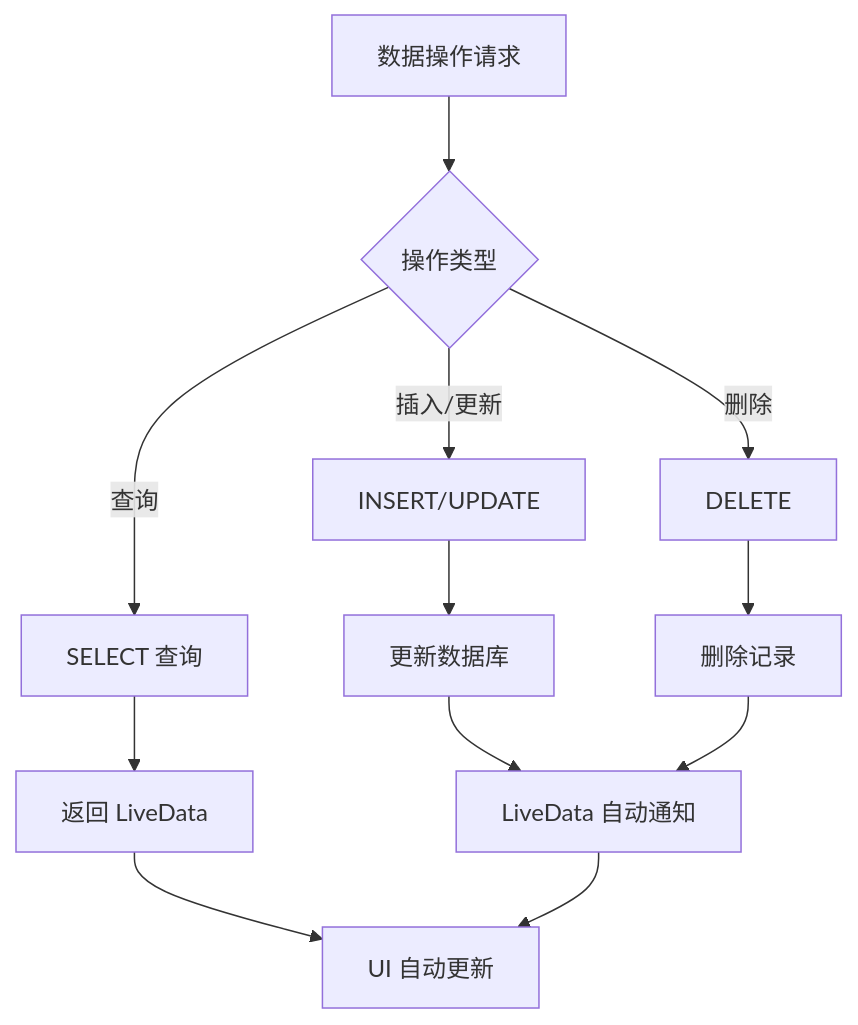
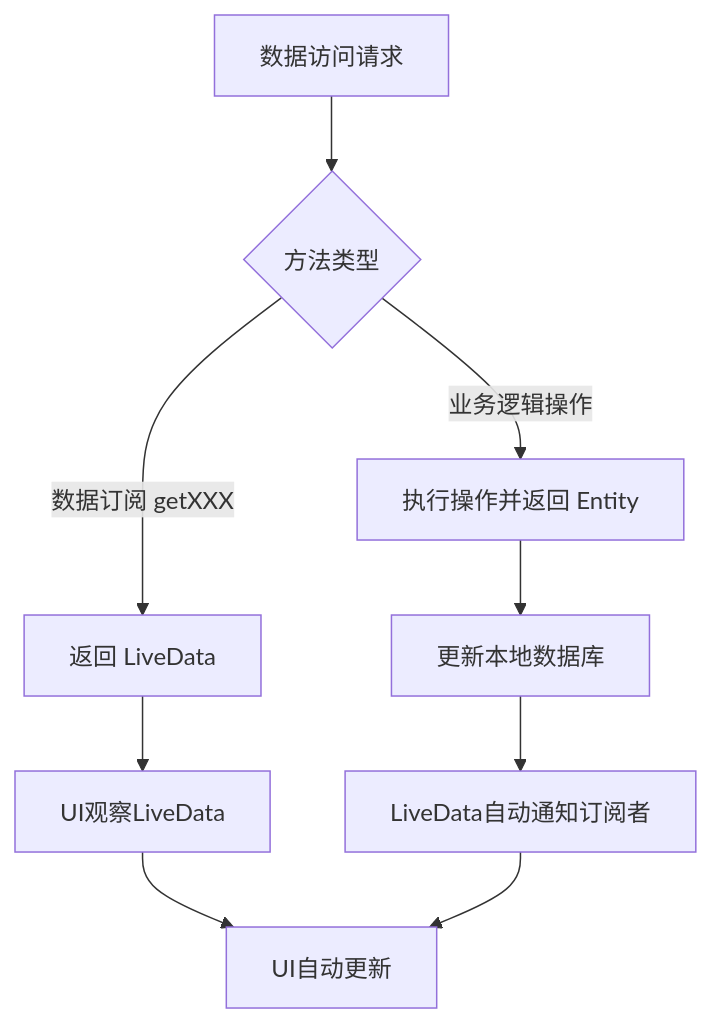
One commit to terminail/autodroid changed the eighth of 24 diagrams in autodroid-trader-app/docs/DESIGN.md. Above: the diagram before and after it, drawn with Mermaid. The commit also changed other lines of this file and 45 other files, not shown here.

````diff
--- a/autodroid-trader-app/docs/DESIGN.md
+++ b/autodroid-trader-app/docs/DESIGN.md
@@ -438,16 +555,13 @@
 ```mermaid
 flowchart TD
-    A[数据操作请求] --> B{操作类型}
-    B -->|查询| C[SELECT 查询]
-    B -->|插入/更新| D[INSERT/UPDATE]
-    B -->|删除| E[DELETE]
+    A[数据访问请求] --> B{方法类型}
+    B -->|数据订阅 getXXX| C[返回 LiveData]
+    B -->|业务逻辑操作| D[执行操作并返回 Entity]
     
-    C --> F[返回 LiveData]
-    D --> G[更新数据库]
-    E --> H[删除记录]
+    C --> E[UI观察LiveData]
+    D --> F[更新本地数据库]
     
-    G --> I[LiveData 自动通知]
-    H --> I
-    F --> J[UI 自动更新]
-    I --> J
+    F --> G[LiveData自动通知订阅者]
+    E --> H[UI自动更新]
+    G --> H
 ```
````
